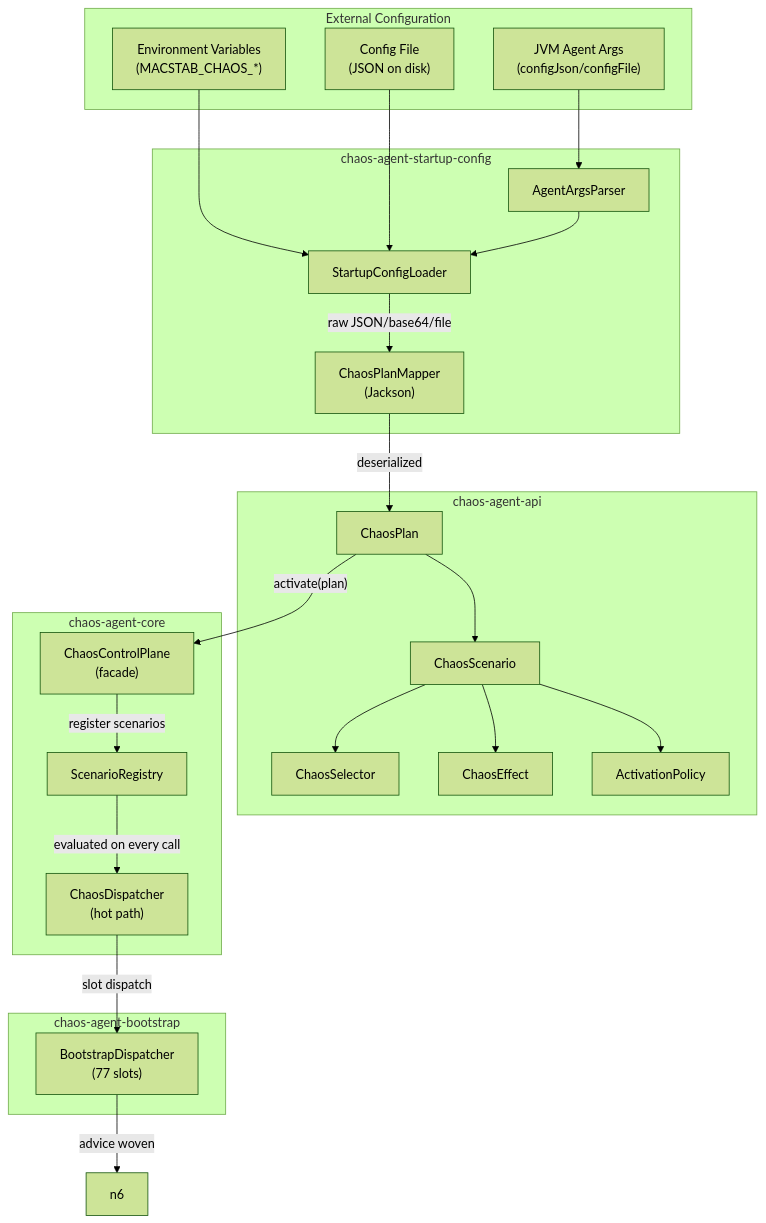
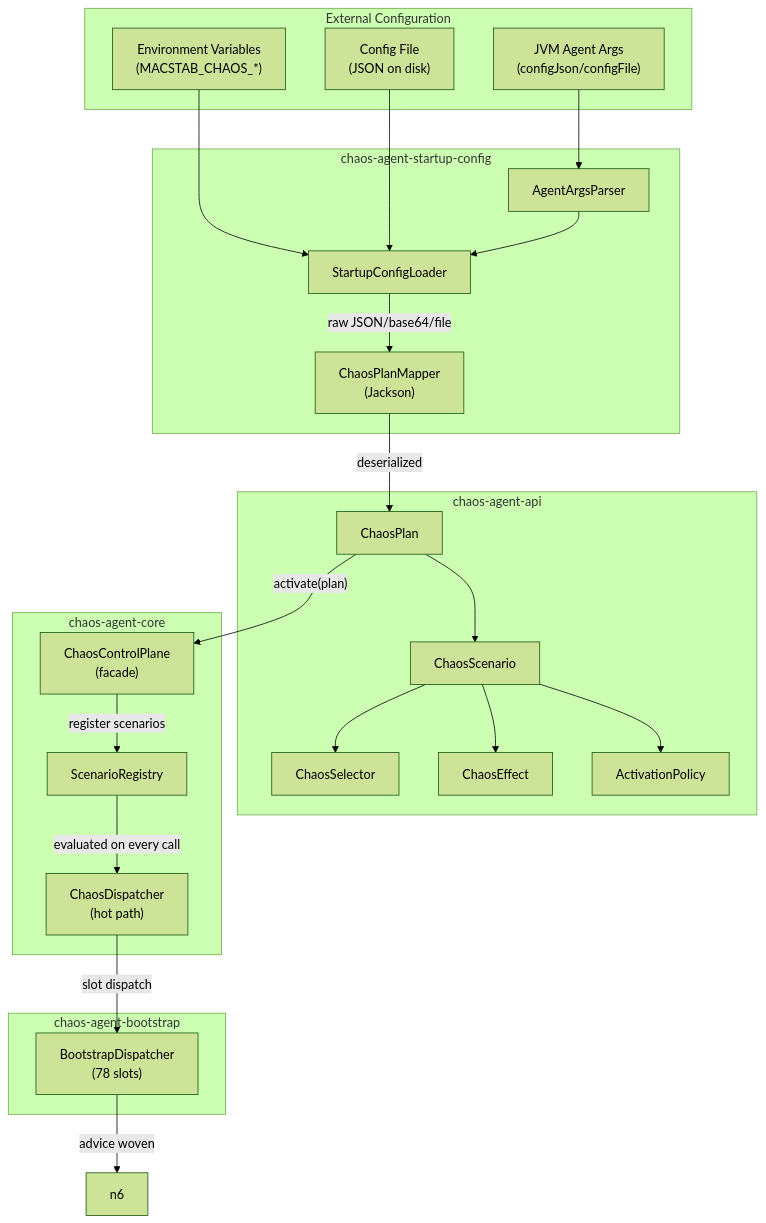
Before and after one commit to macstab/macstab-chaos-jvm-agent: the first of 2 diagrams in docs/configuration-reference.md, drawn with Mermaid (forest theme). The commit also changed other lines of this file and 14 other files, not shown here.

````diff
--- a/docs/configuration-reference.md
+++ b/docs/configuration-reference.md
@@ -248,43 +248,43 @@
 ```mermaid
 flowchart TB
   subgraph g1["External Configuration"]
     AgentArgs["JVM Agent Args<br/>(configJson/configFile)"]
     EnvVars["Environment Variables<br/>(MACSTAB_CHAOS_*)"]
     ConfigFile["Config File<br/>(JSON on disk)"]
   end
   subgraph g2["chaos-agent-startup-config"]
     SCL["StartupConfigLoader"]
     AAP["AgentArgsParser"]
     CPM["ChaosPlanMapper<br/>(Jackson)"]
   end
   subgraph g3["chaos-agent-api"]
     Plan["ChaosPlan"]
     Scenario["ChaosScenario"]
     Selector["ChaosSelector"]
     Effect["ChaosEffect"]
     Policy["ActivationPolicy"]
   end
   subgraph g4["chaos-agent-core"]
     CCP["ChaosControlPlane<br/>(facade)"]
     SR["ScenarioRegistry"]
     CD["ChaosDispatcher<br/>(hot path)"]
   end
   subgraph g5["chaos-agent-bootstrap"]
-    BD["BootstrapDispatcher<br/>(77 slots)"]
+    BD["BootstrapDispatcher<br/>(78 slots)"]
   end
   AgentArgs --> AAP
   EnvVars --> SCL
   ConfigFile --> SCL
   AAP --> SCL
   SCL -->|"raw JSON/base64/file"| CPM
   CPM -->|"deserialized"| Plan
   Plan --> Scenario
   Scenario --> Selector
   Scenario --> Effect
   Scenario --> Policy
   Plan -->|"activate(plan)"| CCP
   CCP -->|"register scenarios"| SR
   SR -->|"evaluated on every call"| CD
   CD -->|"slot dispatch"| BD
   BD -->|"advice woven"| n6
 ```
````
